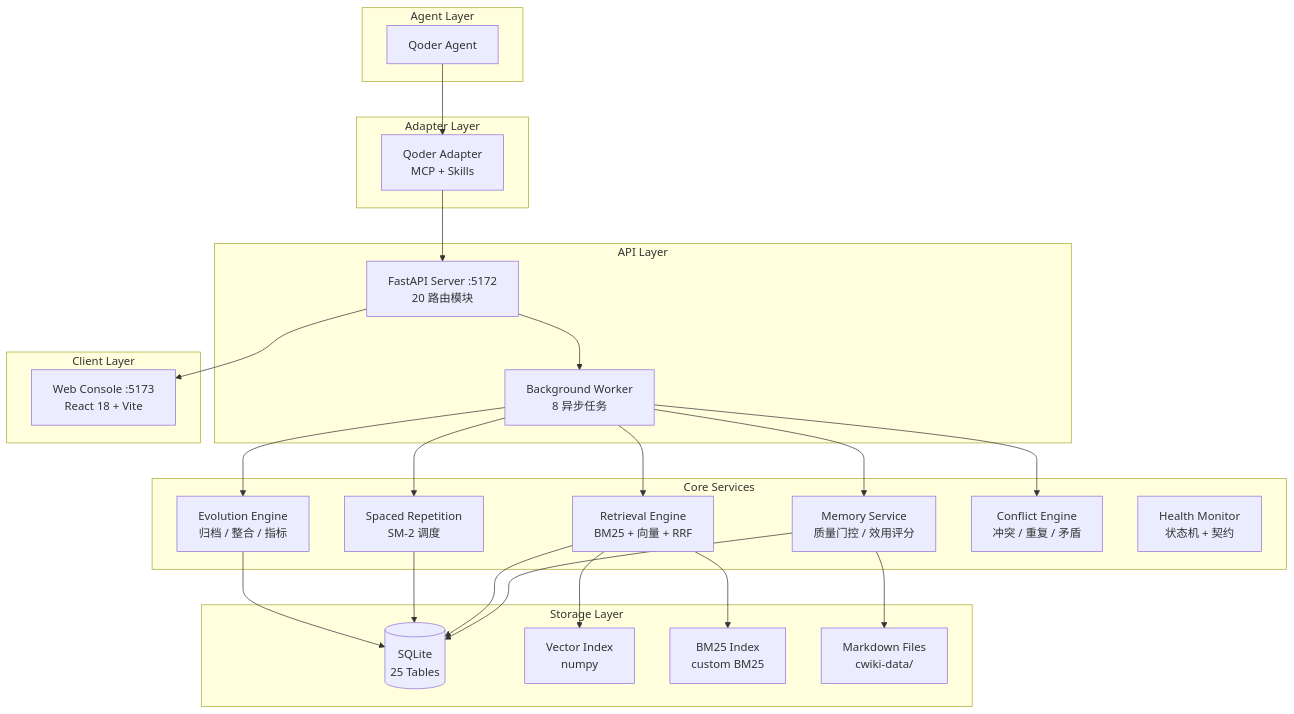
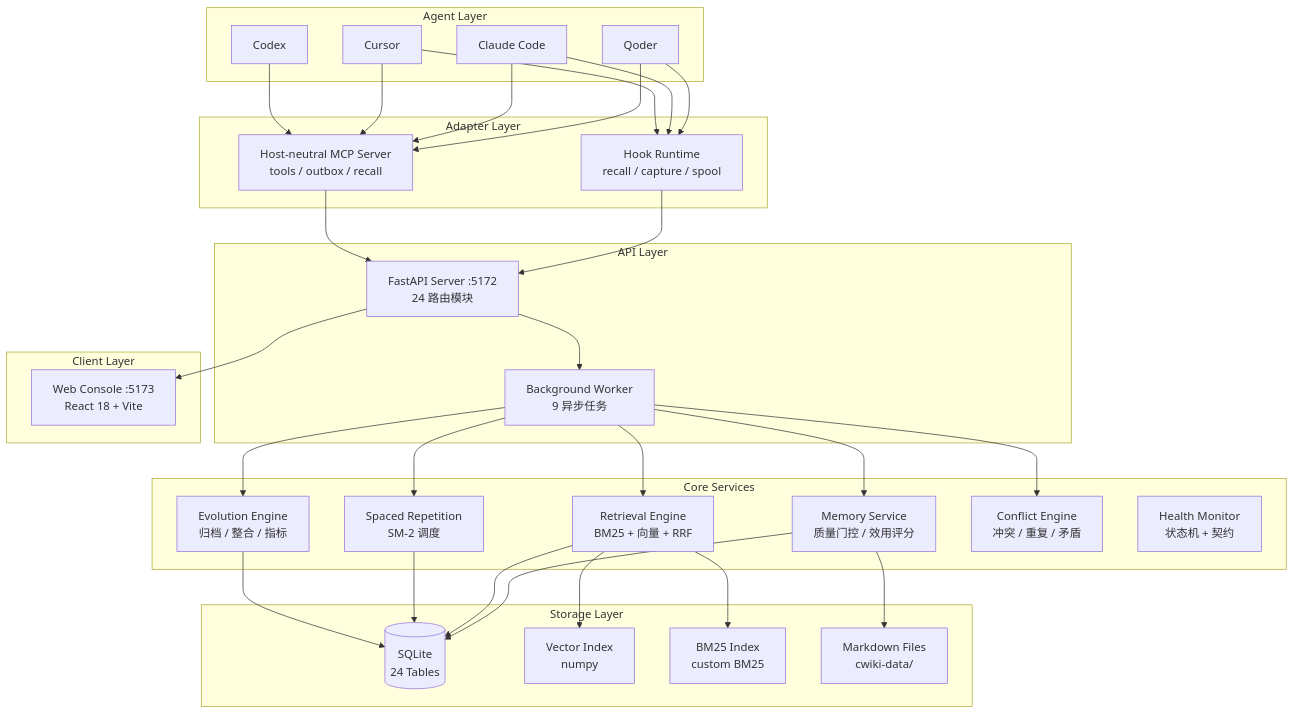
One commit to Chance-Wu/cwiki changed the diagram in docs/architecture.md. Above: the diagram before and after it, drawn with Mermaid. The commit also changed other lines of this file and 227 other files, not shown here.

````diff
--- a/docs/architecture.md
+++ b/docs/architecture.md
@@ -5,56 +5,66 @@
 ```mermaid
 graph TB
     subgraph "Agent Layer"
-        Qoder[Qoder Agent]
+        Qoder[Qoder]
+        Claude[Claude Code]
+        Cursor[Cursor]
+        Codex[Codex]
     end
 
     subgraph "Adapter Layer"
-        QAdapter[Qoder Adapter<br/>MCP + Skills]
+        MCP[Host-neutral MCP Server<br/>tools / outbox / recall]
+        Hooks[Hook Runtime<br/>recall / capture / spool]
     end
 
     subgraph "API Layer"
-        API[FastAPI Server :5172<br/>20 路由模块]
-        Worker[Background Worker<br/>8 异步任务]
+        API[FastAPI Server :5172<br/>24 路由模块]
+        Worker[Background Worker<br/>9 异步任务]
     end
 
     subgraph "Core Services"
         Memory[Memory Service<br/>质量门控 / 效用评分]
         Retrieval[Retrieval Engine<br/>BM25 + 向量 + RRF]
         Spaced[Spaced Repetition<br/>SM-2 调度]
         Evolution[Evolution Engine<br/>归档 / 整合 / 指标]
         Conflict[Conflict Engine<br/>冲突 / 重复 / 矛盾]
         Health[Health Monitor<br/>状态机 + 契约]
     end
 
     subgraph "Storage Layer"
-        DB[(SQLite<br/>25 Tables)]
+        DB[(SQLite<br/>24 Tables)]
         Vector[Vector Index<br/>numpy]
         BM25[BM25 Index<br/>custom BM25]
         Files[Markdown Files<br/>cwiki-data/]
     end
 
     subgraph "Client Layer"
         WebUI[Web Console :5173<br/>React 18 + Vite]
     end
 
-    Qoder --> QAdapter
-
-    QAdapter --> API
+    Qoder --> MCP
+    Claude --> MCP
+    Cursor --> MCP
+    Codex --> MCP
+    Qoder --> Hooks
+    Claude --> Hooks
+    Cursor --> Hooks
+    Hooks --> API
+    MCP --> API
 
     API --> Worker
     Worker --> Memory
     Worker --> Retrieval
     Worker --> Spaced
     Worker --> Evolution
     Worker --> Conflict
 
     Memory --> DB
     Memory --> Files
     Retrieval --> Vector
     Retrieval --> BM25
     Retrieval --> DB
     Spaced --> DB
     Evolution --> DB
 
     API --> WebUI
 ```
````
